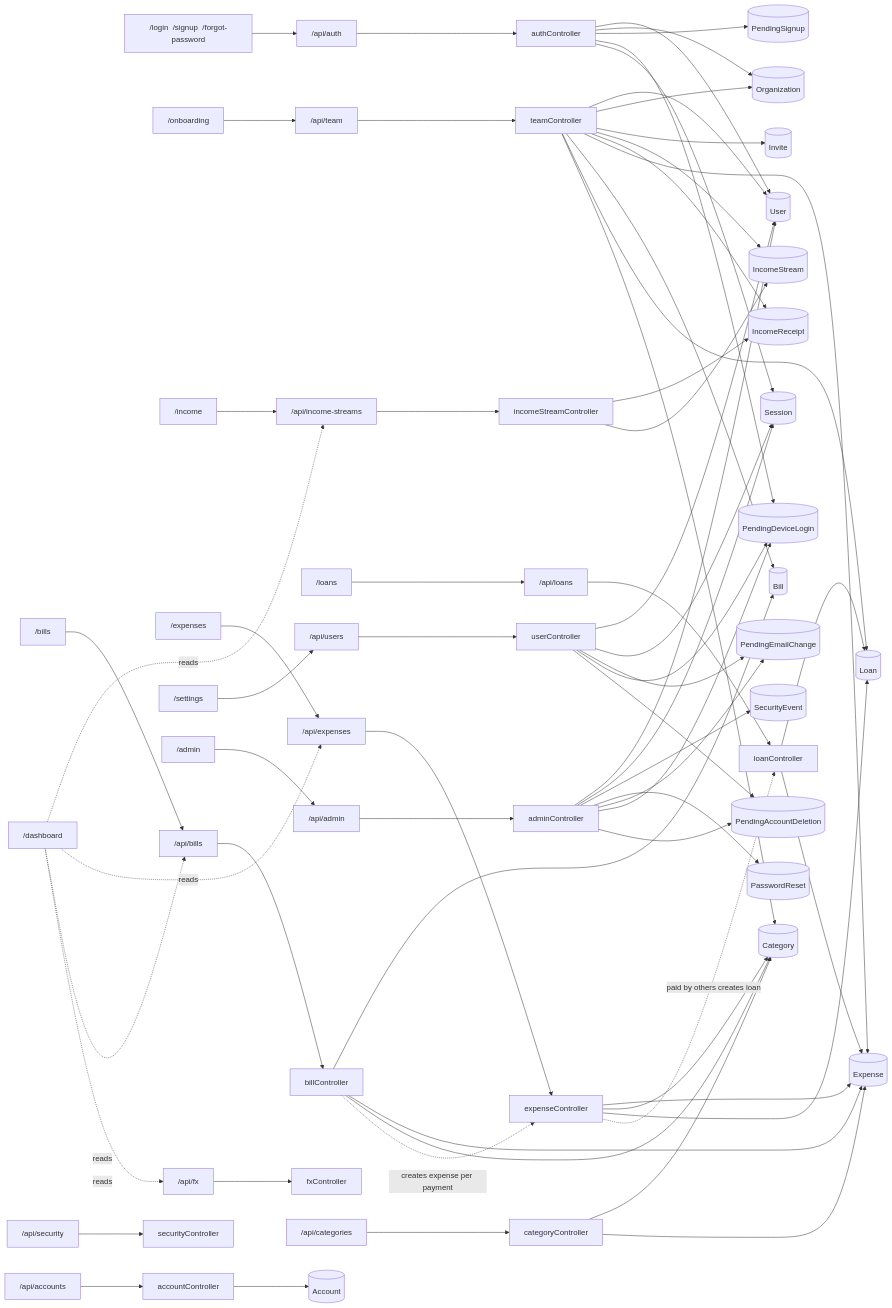
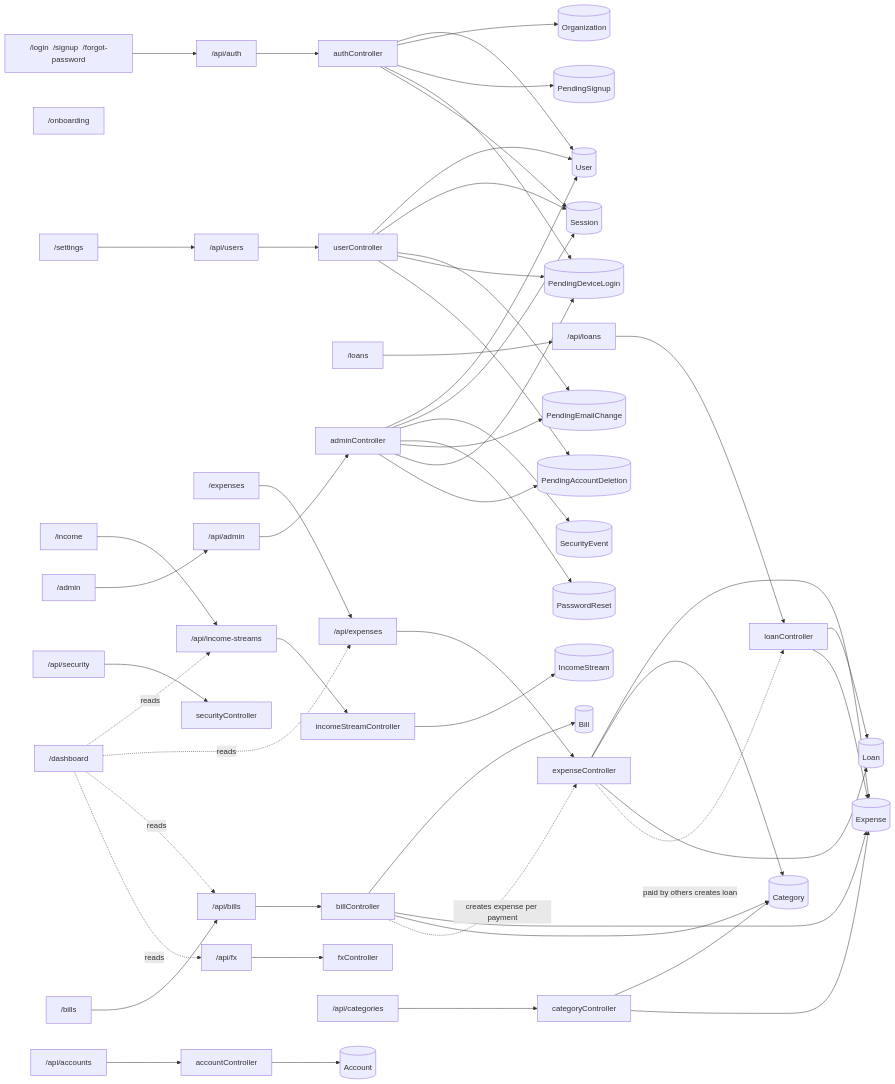
Before and after one commit to MuhammadAliMinhas66X/VaultriX: the second of 2 diagrams in docs/APP-MAP.md, drawn with Mermaid. The commit also changed other lines of this file and 1 other file, not shown here.

````diff
--- a/docs/APP-MAP.md
+++ b/docs/APP-MAP.md
@@ -21,73 +21,62 @@
 ```mermaid
 flowchart LR
   P_auth["/login  /signup  /forgot-password"] --> A_auth["/api/auth"]
   A_auth --> K_auth["authController"]
   K_auth --> M_User[("User")]
   K_auth --> M_Organization[("Organization")]
   K_auth --> M_PendingSignup[("PendingSignup")]
   K_auth --> M_PendingDeviceLogin[("PendingDeviceLogin")]
   K_auth --> M_Session[("Session")]
-  P_shared["/onboarding"] --> A_shared["/api/team"]
-  A_shared --> K_shared["teamController"]
-  K_shared --> M_User[("User")]
-  K_shared --> M_Organization[("Organization")]
-  K_shared --> M_Invite[("Invite")]
-  K_shared --> M_IncomeStream[("IncomeStream")]
-  K_shared --> M_IncomeReceipt[("IncomeReceipt")]
-  K_shared --> M_Expense[("Expense")]
-  K_shared --> M_Bill[("Bill")]
-  K_shared --> M_Loan[("Loan")]
-  K_shared --> M_Category[("Category")]
+  P_shared["/onboarding"]
   P_dashboard["/dashboard"]
   P_income["/income"] --> A_income["/api/income-streams"]
   A_income --> K_income["incomeStreamController"]
-  K_income --> M_IncomeReceipt[("IncomeReceipt")]
   K_income --> M_IncomeStream[("IncomeStream")]
   P_loans["/loans"] --> A_loans["/api/loans"]
   A_loans --> K_loans["loanController"]
   K_loans --> M_Loan[("Loan")]
   K_loans --> M_Expense[("Expense")]
   P_expenses["/expenses"] --> A_expenses["/api/expenses"]
   A_expenses --> K_expenses["expenseController"]
   K_expenses --> M_Expense[("Expense")]
   K_expenses --> M_Category[("Category")]
   K_expenses --> M_Loan[("Loan")]
   P_bills["/bills"] --> A_bills["/api/bills"]
   A_bills --> K_bills["billController"]
   K_bills --> M_Bill[("Bill")]
   K_bills --> M_Expense[("Expense")]
   K_bills --> M_Category[("Category")]
   P_settings["/settings"] --> A_settings["/api/users"]
   A_settings --> K_settings["userController"]
   K_settings --> M_User[("User")]
   K_settings --> M_Session[("Session")]
   K_settings --> M_PendingEmailChange[("PendingEmailChange")]
   K_settings --> M_PendingDeviceLogin[("PendingDeviceLogin")]
   K_settings --> M_PendingAccountDeletion[("PendingAccountDeletion")]
   P_admin["/admin"] --> A_admin["/api/admin"]
   A_admin --> K_admin["adminController"]
   K_admin --> M_User[("User")]
   K_admin --> M_Session[("Session")]
   K_admin --> M_SecurityEvent[("SecurityEvent")]
   K_admin --> M_PasswordReset[("PasswordReset")]
   K_admin --> M_PendingEmailChange[("PendingEmailChange")]
   K_admin --> M_PendingDeviceLogin[("PendingDeviceLogin")]
   K_admin --> M_PendingAccountDeletion[("PendingAccountDeletion")]
   A_security["/api/security"]
   A_security --> K_security["securityController"]
   A_accounts["/api/accounts"]
   A_accounts --> K_accounts["accountController"]
   K_accounts --> M_Account[("Account")]
   A_categories["/api/categories"]
   A_categories --> K_categories["categoryController"]
   K_categories --> M_Category[("Category")]
   K_categories --> M_Expense[("Expense")]
   A_rates["/api/fx"]
   A_rates --> K_rates["fxController"]
   P_dashboard -. reads .-> A_income
   P_dashboard -. reads .-> A_expenses
   P_dashboard -. reads .-> A_bills
   P_dashboard -. reads .-> A_rates
   K_bills -. creates expense per payment .-> K_expenses
   K_expenses -. paid by others creates loan .-> K_loans
 ```
````
